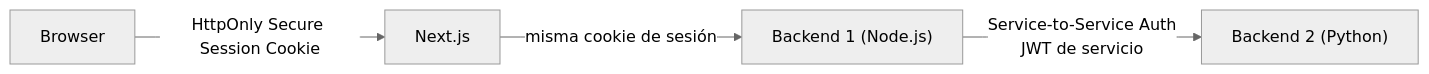
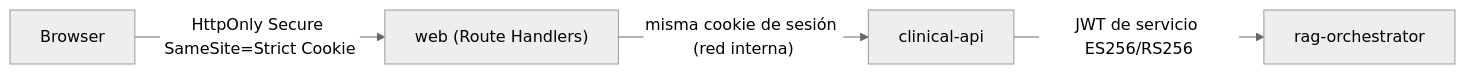
The fifth of 7 diagrams in readme.md (hatrickmario/OncoLens-Lab), drawn with Mermaid (neutral theme) before and after one commit. The commit also changed other lines of this file and 2 other files, not shown here.

First line of the commit message:
Actualizar README y diagrama C4, y agregar PRD con las decisiones de la revisión técnica (#1)

````diff
--- a/readme.md
+++ b/readme.md
@@ -348,6 +404,6 @@
 ```mermaid
 flowchart LR
-    B["Browser"] -- "HttpOnly Secure Session Cookie" --> N["Next.js"]
-    N -- "misma cookie de sesión" --> BE1["Backend 1 (Node.js)"]
-    BE1 -- "Service-to-Service Auth<br/>JWT de servicio" --> BE2["Backend 2 (Python)"]
+    B["Browser"] -- "HttpOnly Secure SameSite=Strict Cookie" --> N["web (Route Handlers)"]
+    N -- "misma cookie de sesión (red interna)" --> BE1["clinical-api"]
+    BE1 -- "JWT de servicio ES256/RS256" --> BE2["rag-orchestrator"]
 ```
````
